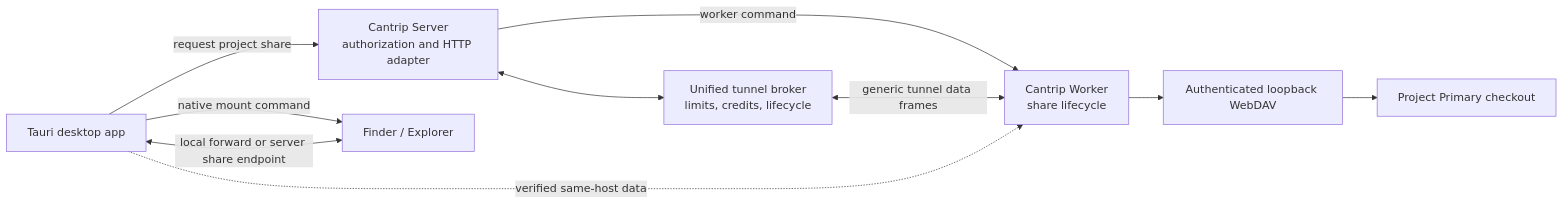
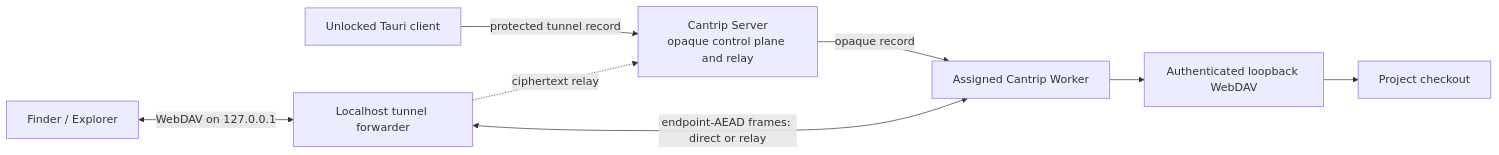
Before and after one commit to ArcaneArts/Cantrip: the diagram in docs/PROJECT_NETWORK_SHARES.md, drawn with Mermaid. The commit also changed other lines of this file and 37 other files, not shown here.

First line of the commit message:
feat(encryption): protect project share transport

````diff
--- a/docs/PROJECT_NETWORK_SHARES.md
+++ b/docs/PROJECT_NETWORK_SHARES.md
@@ -12,20 +10,17 @@
 ```mermaid
 flowchart LR
-    APP["Tauri desktop app"]
-    SERVER["Cantrip Server<br/>authorization and HTTP adapter"]
-    BROKER["Unified tunnel broker<br/>limits, credits, lifecycle"]
-    WORKER["Cantrip Worker<br/>share lifecycle"]
+    CLIENT["Unlocked Tauri client"]
+    SERVER["Cantrip Server<br/>opaque control plane and relay"]
+    FORWARD["Localhost tunnel forwarder"]
+    WORKER["Assigned Cantrip Worker"]
     DAV["Authenticated loopback WebDAV"]
-    TREE["Project Primary checkout"]
+    TREE["Project checkout"]
     NATIVE["Finder / Explorer"]
 
-    APP -->|"request project share"| SERVER
-    SERVER -->|"worker command"| WORKER
-    WORKER --> DAV
-    DAV --> TREE
-    SERVER <--> BROKER
-    BROKER <-->|"generic tunnel data frames"| WORKER
-    APP -->|"native mount command"| NATIVE
-    NATIVE <-->|"local forward or server share endpoint"| APP
-    APP -. "verified same-host data" .-> WORKER
+    CLIENT -->|"protected tunnel record"| SERVER
+    SERVER -->|"opaque record"| WORKER
+    WORKER --> DAV --> TREE
+    NATIVE <-->|"WebDAV on 127.0.0.1"| FORWARD
+    FORWARD <-->|"endpoint-AEAD frames: direct or relay"| WORKER
+    FORWARD -. "ciphertext relay" .-> SERVER
 ```
````
